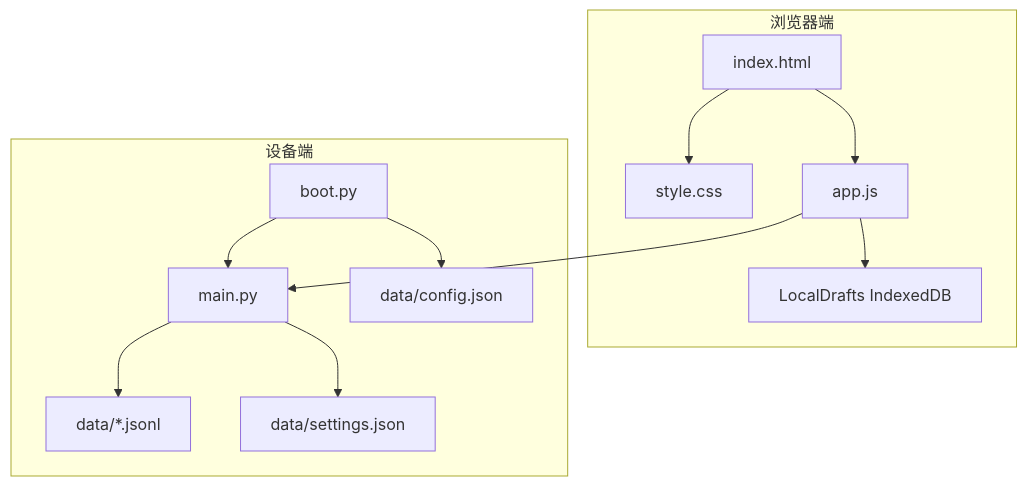
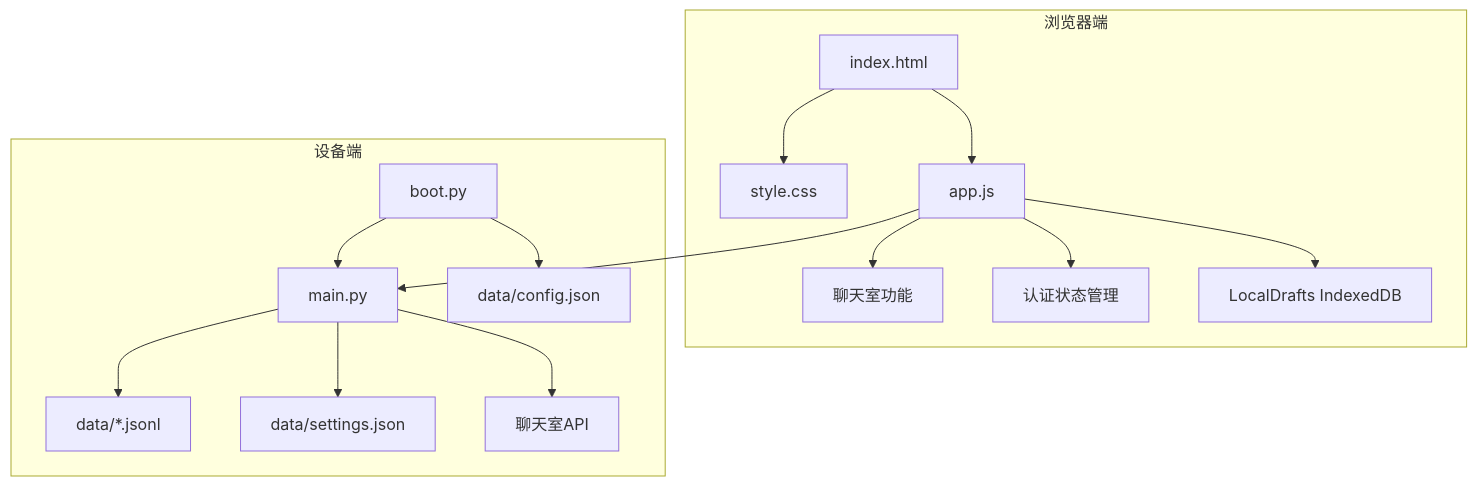
The first of 16 diagrams in .qoder/repowiki/zh/content/Web界面/JavaScript交互逻辑/JavaScript交互逻辑.md (qq20739111/weilushishe-lishitai), drawn with Mermaid before and after one commit. The commit also changed other lines of this file and 23 other files, not shown here.

````diff
--- a/.qoder/repowiki/zh/content/Web界面/JavaScript交互逻辑/JavaScript交互逻辑.md
+++ b/.qoder/repowiki/zh/content/Web界面/JavaScript交互逻辑/JavaScript交互逻辑.md
@@ -37,24 +45,30 @@
 ```mermaid
 graph TB
 subgraph "浏览器端"
 HTML["index.html"]
 CSS["style.css"]
 JS["app.js"]
+CHAT["聊天室功能"]
+AUTH["认证状态管理"]
 ENDPOINT["LocalDrafts IndexedDB"]
 end
 subgraph "设备端"
 BOOT["boot.py"]
 MAIN["main.py"]
 DATA["data/*.jsonl"]
 SETTINGS["data/settings.json"]
 CONFIG["data/config.json"]
+CHAT_API["聊天室API"]
 end
 HTML --> JS
 HTML --> CSS
 JS --> MAIN
 JS --> ENDPOINT
+JS --> CHAT
+JS --> AUTH
 MAIN --> DATA
 MAIN --> SETTINGS
+MAIN --> CHAT_API
 BOOT --> MAIN
 BOOT --> CONFIG
 ```
````
